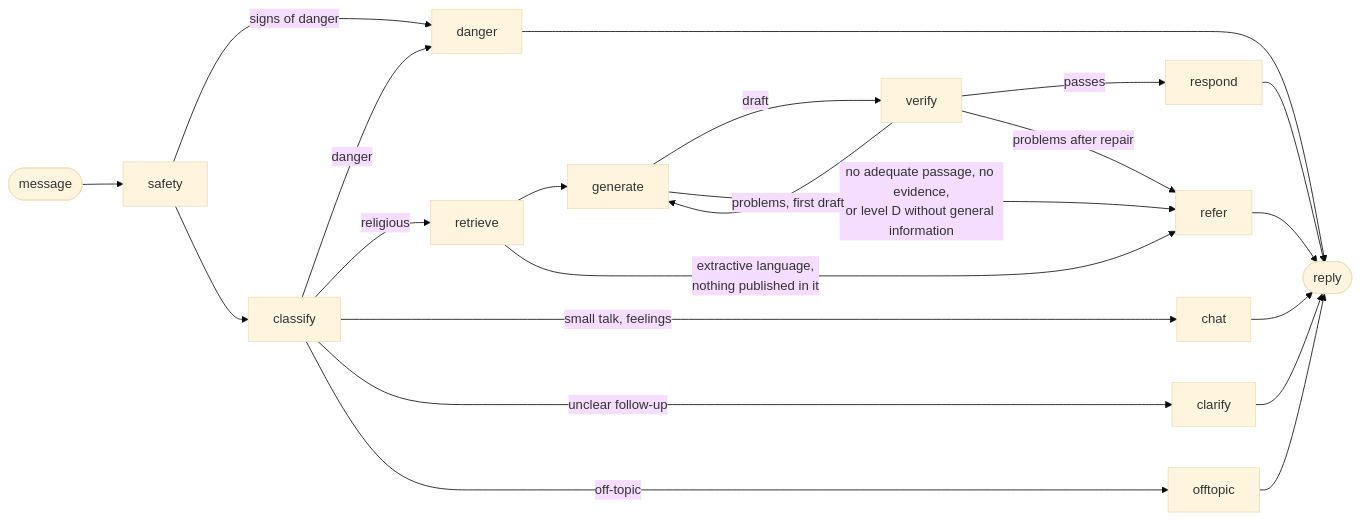
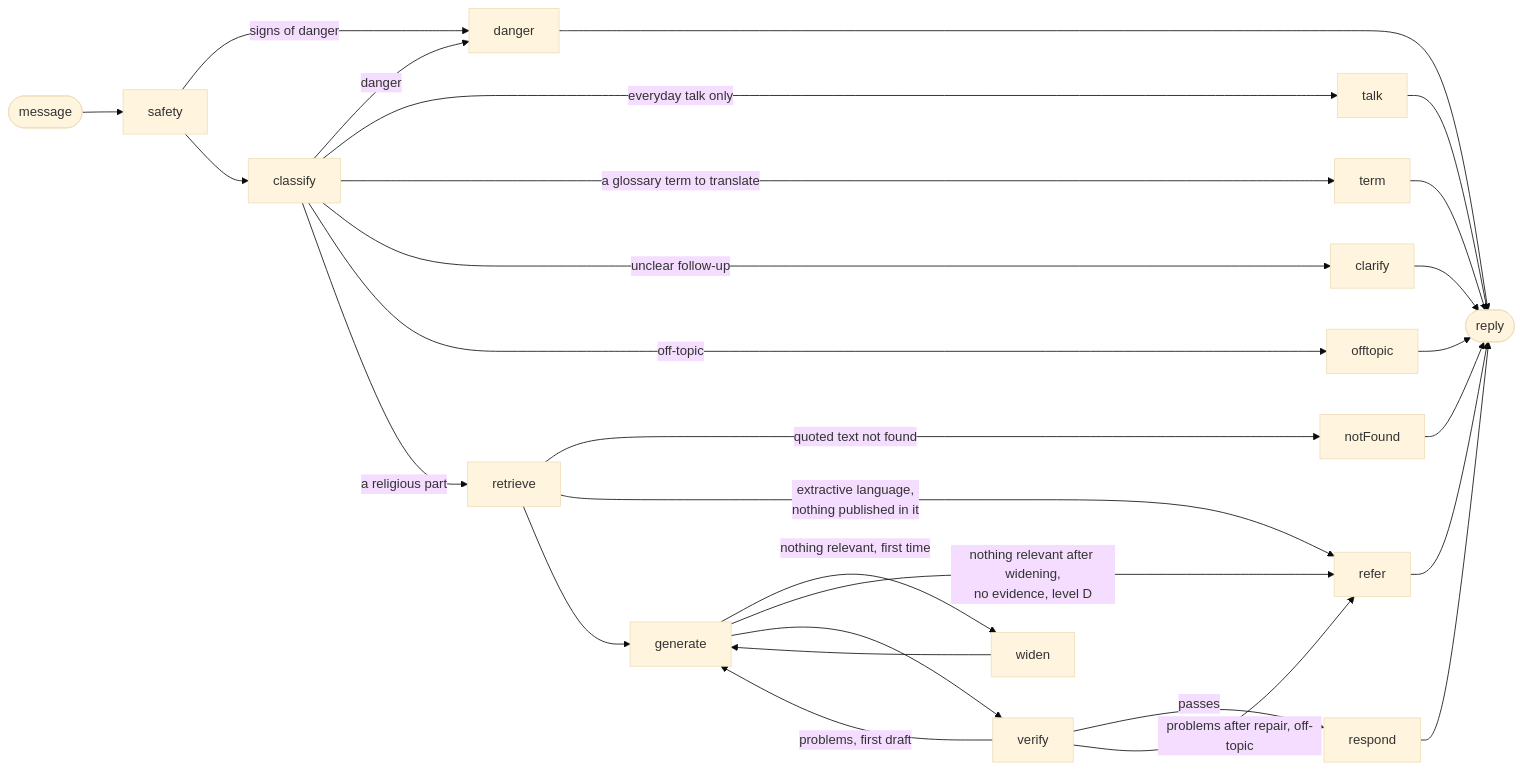
The diagram in docs/RELIABILITY.md (tfcoMoBkr/Rehla-islamicaich-tfco), drawn with Mermaid (base theme) before and after one commit. The commit also changed other lines of this file and 171 other files, not shown here.

````diff
--- a/docs/RELIABILITY.md
+++ b/docs/RELIABILITY.md
@@ -25,24 +40,30 @@
 ```mermaid
 flowchart LR
     Q([message]) --> X[safety]
     X -->|signs of danger| D[danger]
     X --> C[classify]
     C -->|danger| D
-    C -->|religious| R[retrieve]
-    C -->|small talk, feelings| S[chat]
+    C -->|everyday talk only| T[talk]
+    C -->|a glossary term to translate| M[term]
     C -->|unclear follow-up| K[clarify]
     C -->|off-topic| O[offtopic]
+    C -->|a religious part| R[retrieve]
+    R -->|quoted text not found| N[notFound]
+    R -->|extractive language,<br/>nothing published in it| F[refer]
     R --> G[generate]
-    R -->|extractive language,<br/>nothing published in it| F[refer]
-    G -->|draft| V[verify]
-    G -->|no adequate passage, no evidence,<br/>or level D without general information| F
+    G -->|nothing relevant, first time| W[widen]
+    W --> G
+    G -->|nothing relevant after widening,<br/>no evidence, level D| F
+    G --> V[verify]
     V -->|passes| P[respond]
     V -->|problems, first draft| G
-    V -->|problems after repair| F
+    V -->|problems after repair, off-topic| F
     P --> A([reply])
     F --> A
-    S --> A
+    T --> A
+    M --> A
+    N --> A
     K --> A
     O --> A
     D --> A
 ```
````
